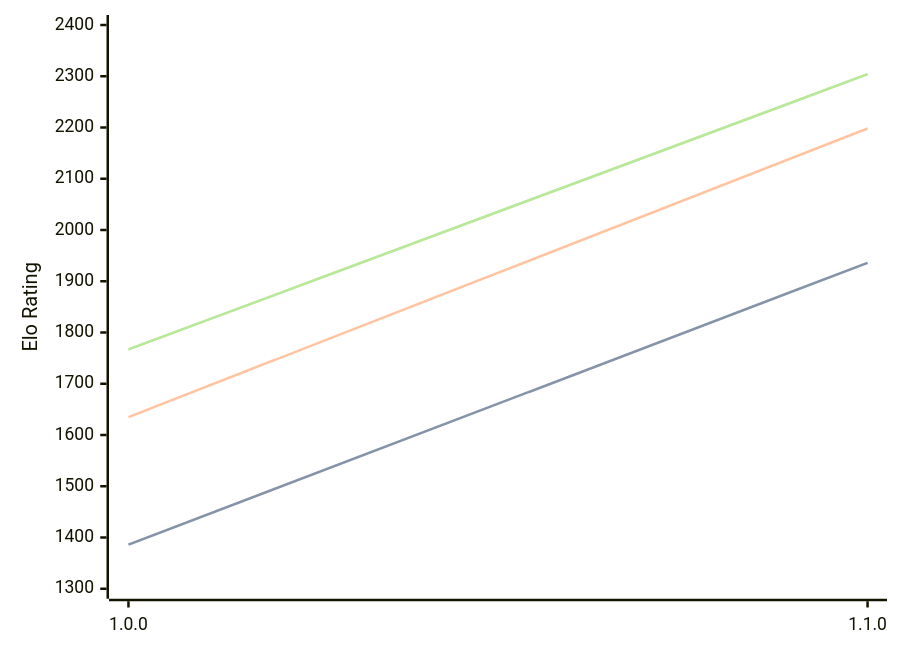
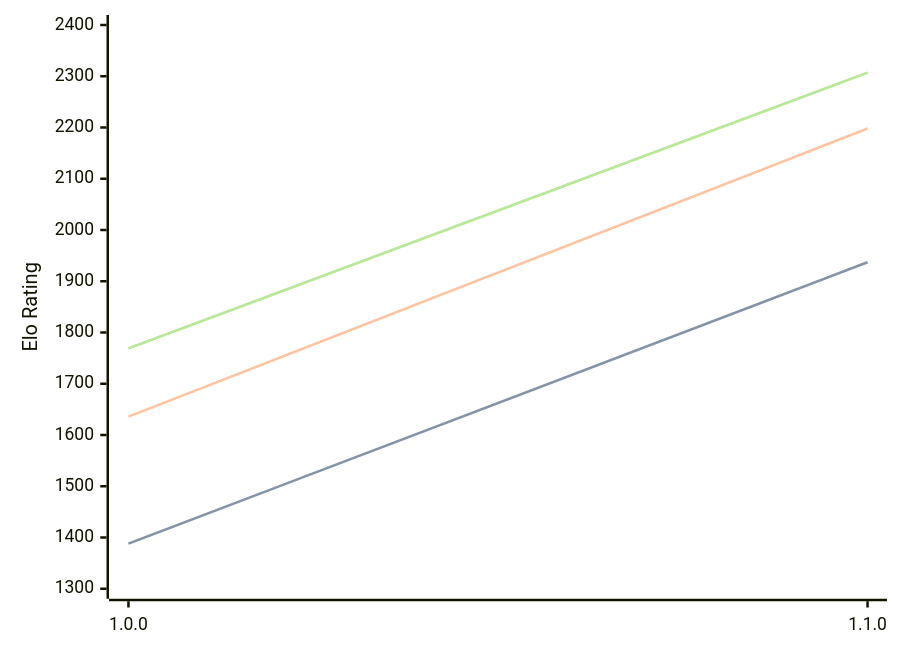
One commit to computer-chess-index/cci changed the diagram in engines/Akerbeltz.md. Above: the diagram before and after it, drawn with Mermaid. The commit also changed other lines of this file, not shown here.

Commit message:
Update CCI Ratings (ELO VLTC) - 2026-09-14

````diff
--- a/engines/Akerbeltz.md
+++ b/engines/Akerbeltz.md
@@ -32,11 +32,11 @@
 ```mermaid
 %%{init: {"theme":"base","themeVariables":{"seriesColors:['#a3a3a3','#222221','#faa371']}}}%%
 xychart-beta
   x-axis ["1.0.0", "1.1.0"]
   y-axis "Elo Rating" 1300 --> 2400
-  line "" [1386, 1936]
-  line "STC (8.0+0.08s)" [1386, 1936]
-  line "LTC (60.0+0.60s)" [1635, 2198]
-  line "" [1767, 2304]
-  line "VLTC (2m24s+1.12s)" [1767, 2304]
+  line "" [1388, 1937]
+  line "STC (8.0+0.08s)" [1388, 1937]
+  line "LTC (60.0+0.60s)" [1636, 2198]
+  line "" [1769, 2307]
+  line "VLTC (2m24s+1.12s)" [1769, 2307]
 ```
````
